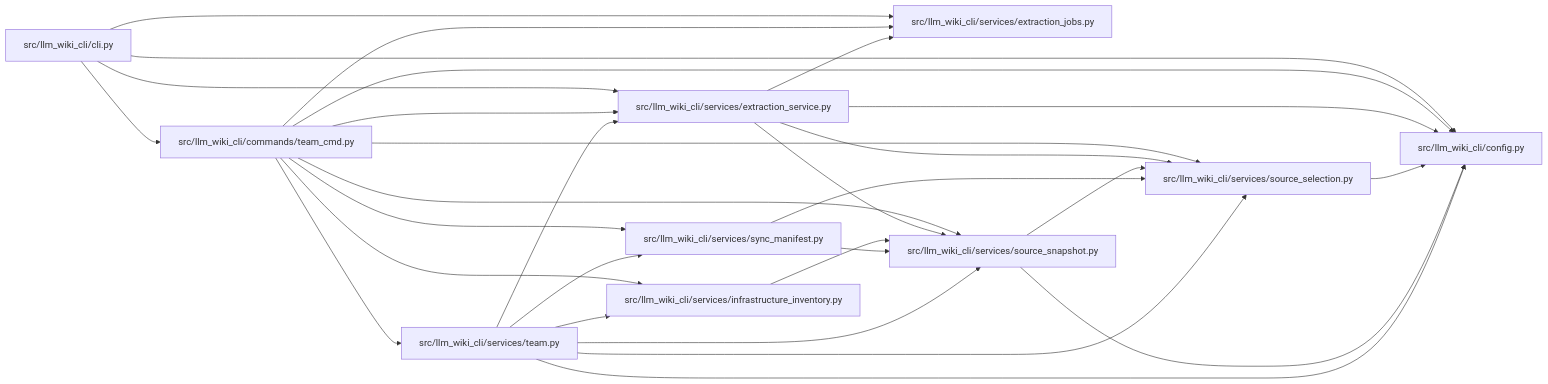
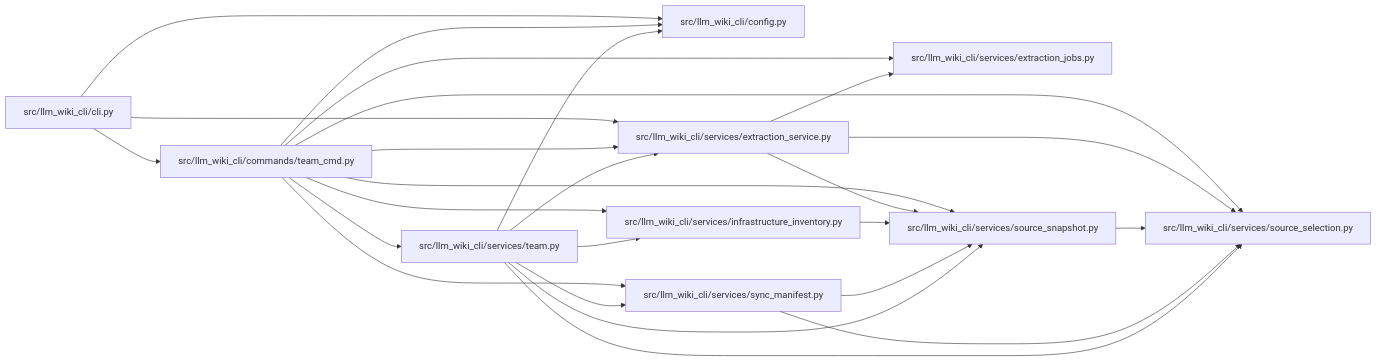
The diagram in docs/llm_wiki/modules/team_cmd.md (Denissvgn/python-wiki-llm), drawn with Mermaid before and after one commit. The commit also changed 1555 other files, not shown here.

````diff
--- a/docs/llm_wiki/modules/team_cmd.md
+++ b/docs/llm_wiki/modules/team_cmd.md
@@ -29,51 +29,47 @@
 ```mermaid
 flowchart LR
     n0["src/llm_wiki_cli/cli.py"]
     n1["src/llm_wiki_cli/commands/team_cmd.py"]
     n2["src/llm_wiki_cli/config.py"]
     n3["src/llm_wiki_cli/services/extraction_jobs.py"]
     n4["src/llm_wiki_cli/services/extraction_service.py"]
     n5["src/llm_wiki_cli/services/infrastructure_inventory.py"]
     n6["src/llm_wiki_cli/services/source_selection.py"]
     n7["src/llm_wiki_cli/services/source_snapshot.py"]
     n8["src/llm_wiki_cli/services/sync_manifest.py"]
     n9["src/llm_wiki_cli/services/team.py"]
     n0 --> n1
     n0 --> n2
-    n0 --> n3
     n0 --> n4
     n1 --> n2
     n1 --> n3
     n1 --> n4
     n1 --> n5
     n1 --> n6
     n1 --> n7
     n1 --> n8
     n1 --> n9
-    n4 --> n2
     n4 --> n3
     n4 --> n6
     n4 --> n7
     n5 --> n7
-    n6 --> n2
-    n7 --> n2
     n7 --> n6
     n8 --> n6
     n8 --> n7
     n9 --> n2
     n9 --> n4
     n9 --> n5
     n9 --> n6
     n9 --> n7
     n9 --> n8
     click n0 "../modules/cli.md"
     click n1 "../modules/team_cmd.md"
     click n2 "../modules/config.md"
     click n3 "../modules/extraction_jobs.md"
     click n4 "../modules/extraction_service.md"
     click n5 "../modules/infrastructure_inventory.md"
     click n6 "../modules/source_selection.md"
     click n7 "../modules/source_snapshot.md"
     click n8 "../modules/sync_manifest.md"
     click n9 "../modules/team.md"
 ```
````
